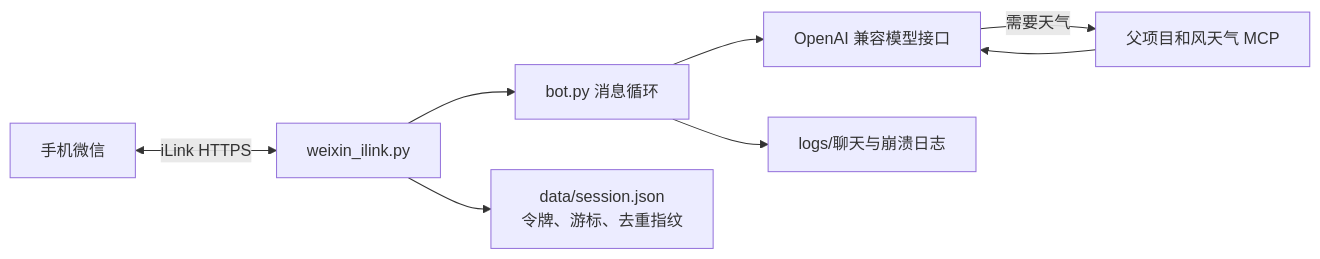
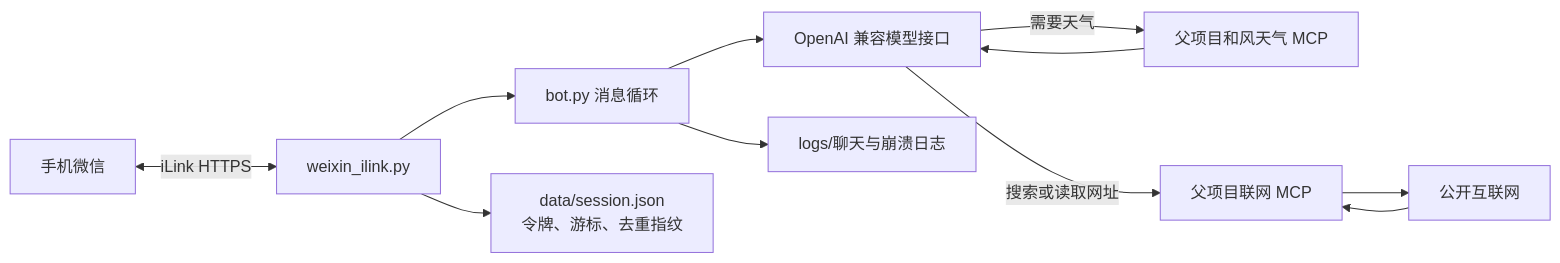
The diagram in ilink_catgirl/独立机器人轻量客户端技术文档.md (inmostfly/wechat_astrbot), drawn with Mermaid before and after one commit. The commit also changed other lines of this file and 6 other files, not shown here.

````diff
--- a/ilink_catgirl/独立机器人轻量客户端技术文档.md
+++ b/ilink_catgirl/独立机器人轻量客户端技术文档.md
@@ -35,10 +36,13 @@
 ```mermaid
 flowchart LR
     WX["手机微信"] <-->|"iLink HTTPS"| CH["weixin_ilink.py"]
     CH --> LOOP["bot.py 消息循环"]
     LOOP --> AI["OpenAI 兼容模型接口"]
     AI -->|"需要天气"| MCP["父项目和风天气 MCP"]
     MCP --> AI
+    AI -->|"搜索或读取网址"| WEB["父项目联网 MCP"]
+    WEB --> Internet["公开互联网"]
+    Internet --> WEB
     LOOP --> LOG["logs/聊天与崩溃日志"]
     CH --> STATE["data/session.json\n令牌、游标、去重指纹"]
 ```
````
